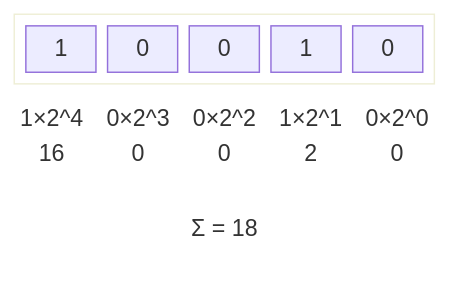
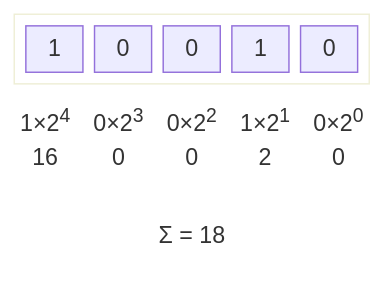
Before and after one commit to Linho1219/LinhoNotes: the second of 7 diagrams in JavaScript教程/3-运算符/3.4-位运算符.md, drawn with Mermaid. The commit also changed 1 other file, not shown here.

Commit message:
捉虫

````diff
--- a/JavaScript教程/3-运算符/3.4-位运算符.md
+++ b/JavaScript教程/3-运算符/3.4-位运算符.md
@@ -99,24 +99,24 @@
 ```mermaid
 block-beta
   columns 5
   block:binary:5
   	b1["1"]
   	b2["0"]
   	b3["0"]
   	b4["1"]
   	b5["0"]
   end
-  h1["1×2^4\n16"]
-  h2["0×2^3\n0"]
-  h3["0×2^2\n0"]
-  h4["1×2^1\n2"]
-  h5["0×2^0\n0"]
+  h1["1×2<sup>4</sup><br>16"]
+  h2["0×2<sup>3</sup><br>0"]
+  h3["0×2<sup>2</sup><br>0"]
+  h4["1×2<sup>1</sup><br>2"]
+  h5["0×2<sup>0</sup><br>0"]
   total["Σ = 18"]:5
 style binary fill:none
 style h1 fill:none,stroke:none
 style h2 fill:none,stroke:none
 style h3 fill:none,stroke:none
 style h4 fill:none,stroke:none
 style h5 fill:none,stroke:none
 style total fill:none,stroke:none
 ```
````
